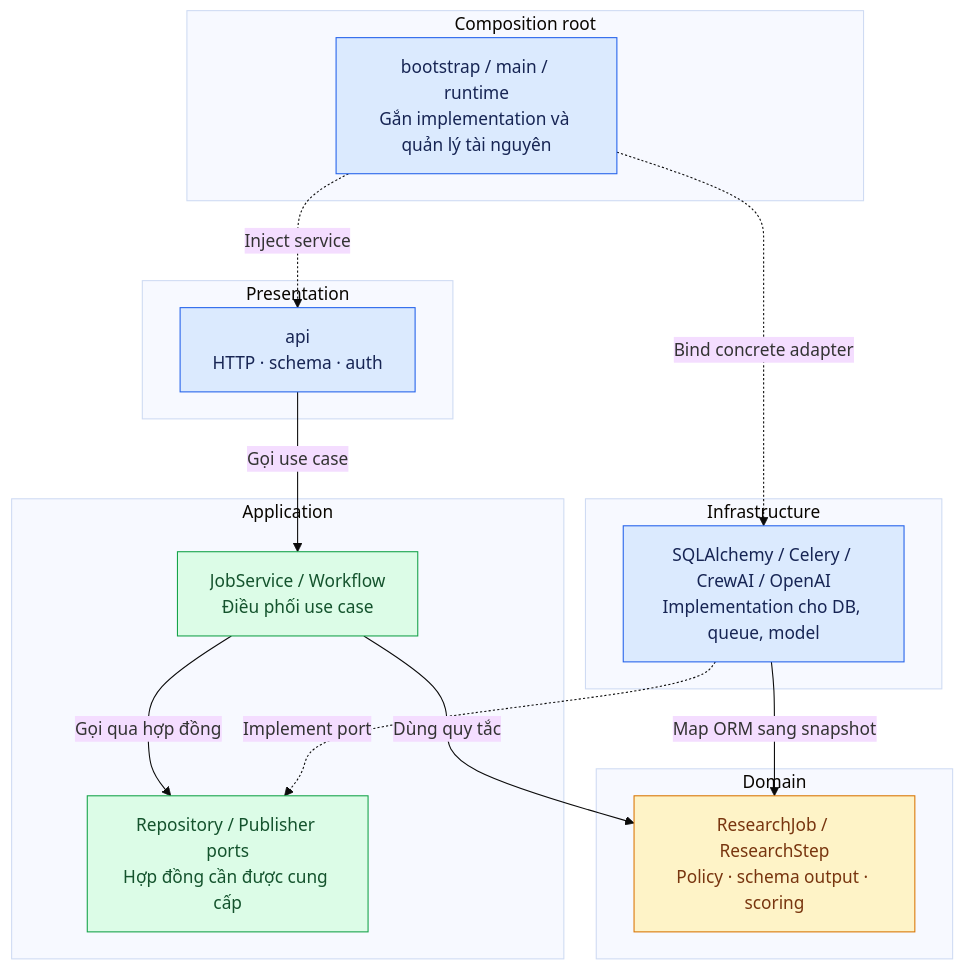
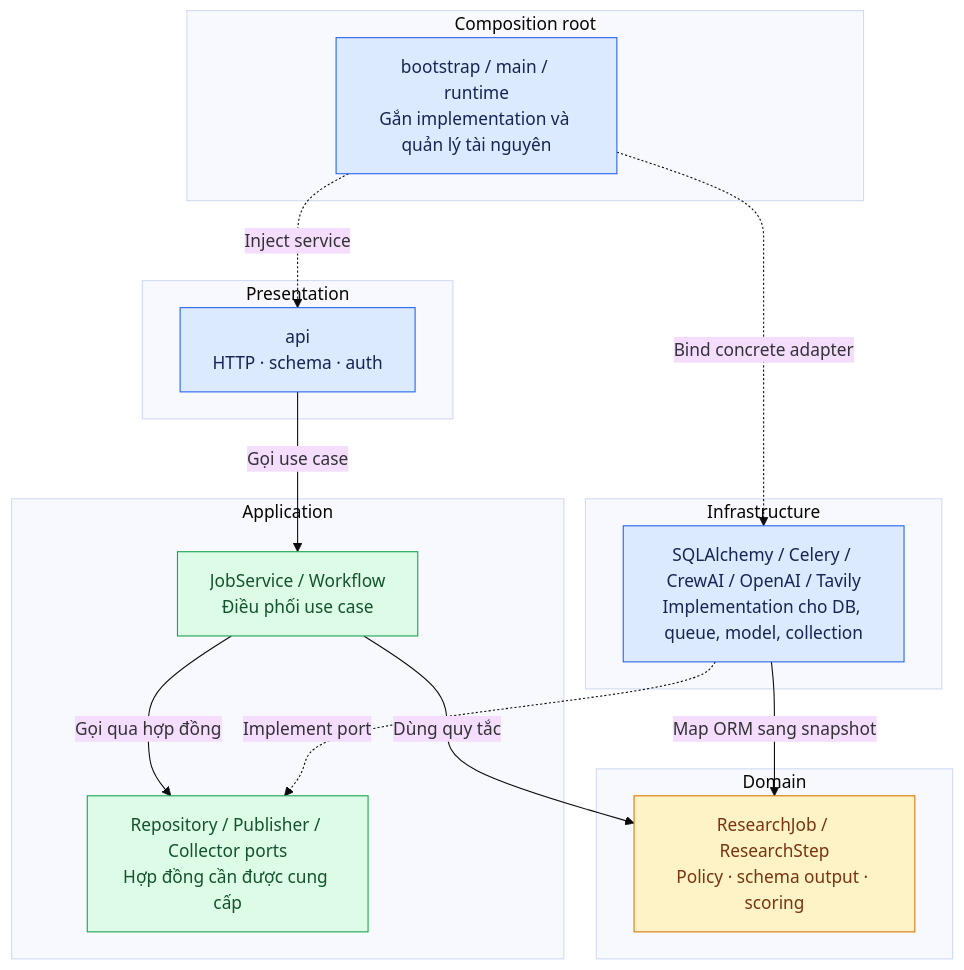
One commit to thole1986/ai_research_service changed the fourth of 5 diagrams in docs/system-map.vi.md. Above: the diagram before and after it, drawn with Mermaid (base theme). The commit also changed other lines of this file and 33 other files, not shown here.

````diff
--- a/docs/system-map.vi.md
+++ b/docs/system-map.vi.md
@@ -166,32 +182,32 @@
 ```mermaid
 flowchart TB
     subgraph WIRING["Composition root"]
         BOOT["bootstrap / main / runtime<br/>Gắn implementation và quản lý tài nguyên"]
     end
     subgraph ENTRY["Presentation"]
         API["api<br/>HTTP · schema · auth"]
     end
     subgraph USECASE["Application"]
         APP["JobService / Workflow<br/>Điều phối use case"]
-        PORT["Repository / Publisher ports<br/>Hợp đồng cần được cung cấp"]
+        PORT["Repository / Publisher / Collector ports<br/>Hợp đồng cần được cung cấp"]
     end
     subgraph CORE["Domain"]
         DOMAIN["ResearchJob / ResearchStep<br/>Policy · schema output · scoring"]
     end
     subgraph ADAPTERS["Infrastructure"]
-        INFRA["SQLAlchemy / Celery / CrewAI / OpenAI<br/>Implementation cho DB, queue, model"]
+        INFRA["SQLAlchemy / Celery / CrewAI / OpenAI / Tavily<br/>Implementation cho DB, queue, model, collection"]
     end
     API -->|"Gọi use case"| APP
     APP -->|"Dùng quy tắc"| DOMAIN
     APP -->|"Gọi qua hợp đồng"| PORT
     INFRA -.->|"Implement port"| PORT
     INFRA -->|"Map ORM sang snapshot"| DOMAIN
     BOOT -.->|"Inject service"| API
     BOOT -.->|"Bind concrete adapter"| INFRA
     classDef core fill:#fef3c7,stroke:#d97706,color:#78350f
     classDef usecase fill:#dcfce7,stroke:#16a34a,color:#14532d
     classDef outer fill:#dbeafe,stroke:#2563eb,color:#172554
     class DOMAIN core
     class APP,PORT usecase
     class BOOT,API,INFRA outer
 ```
````
